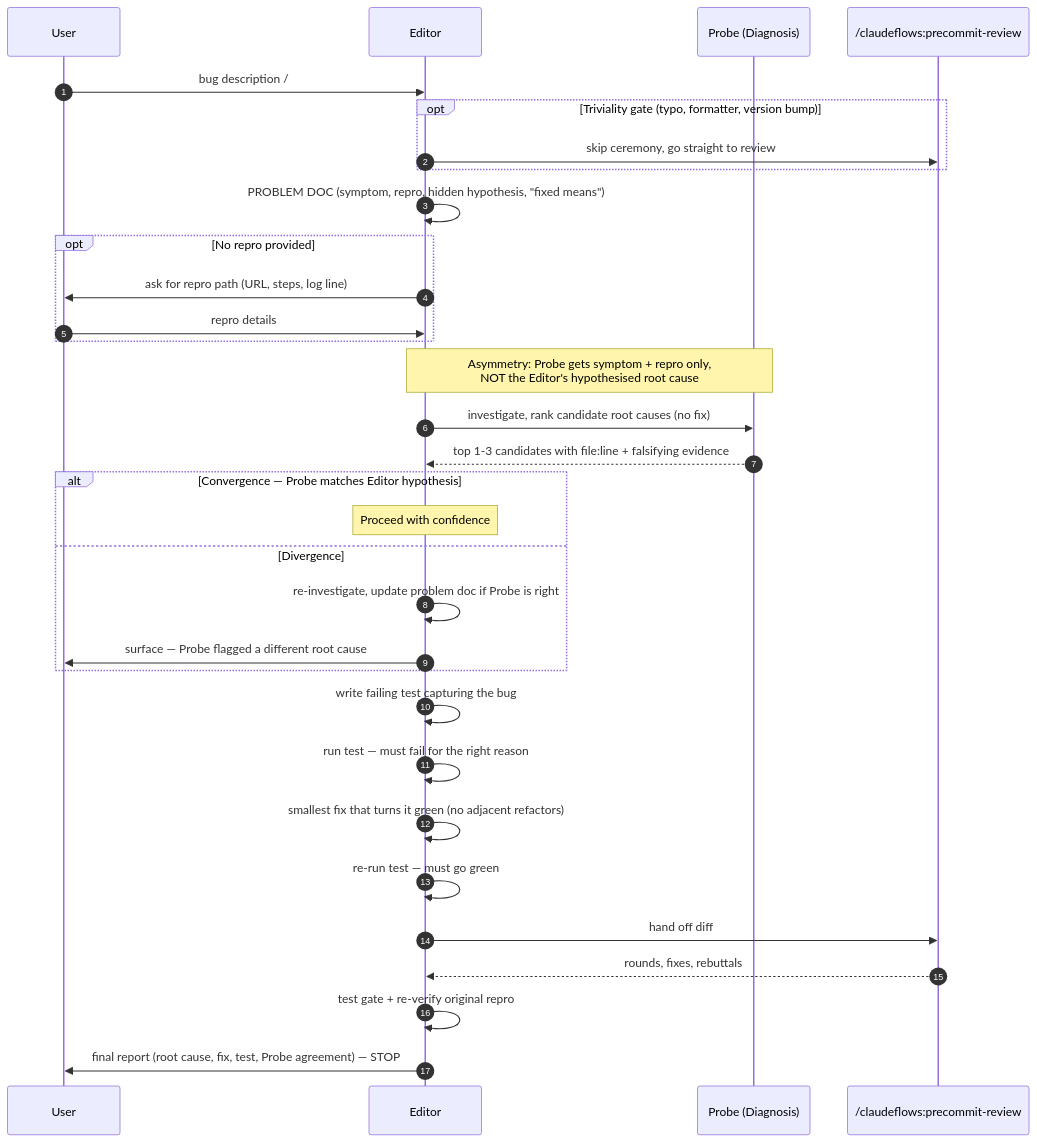
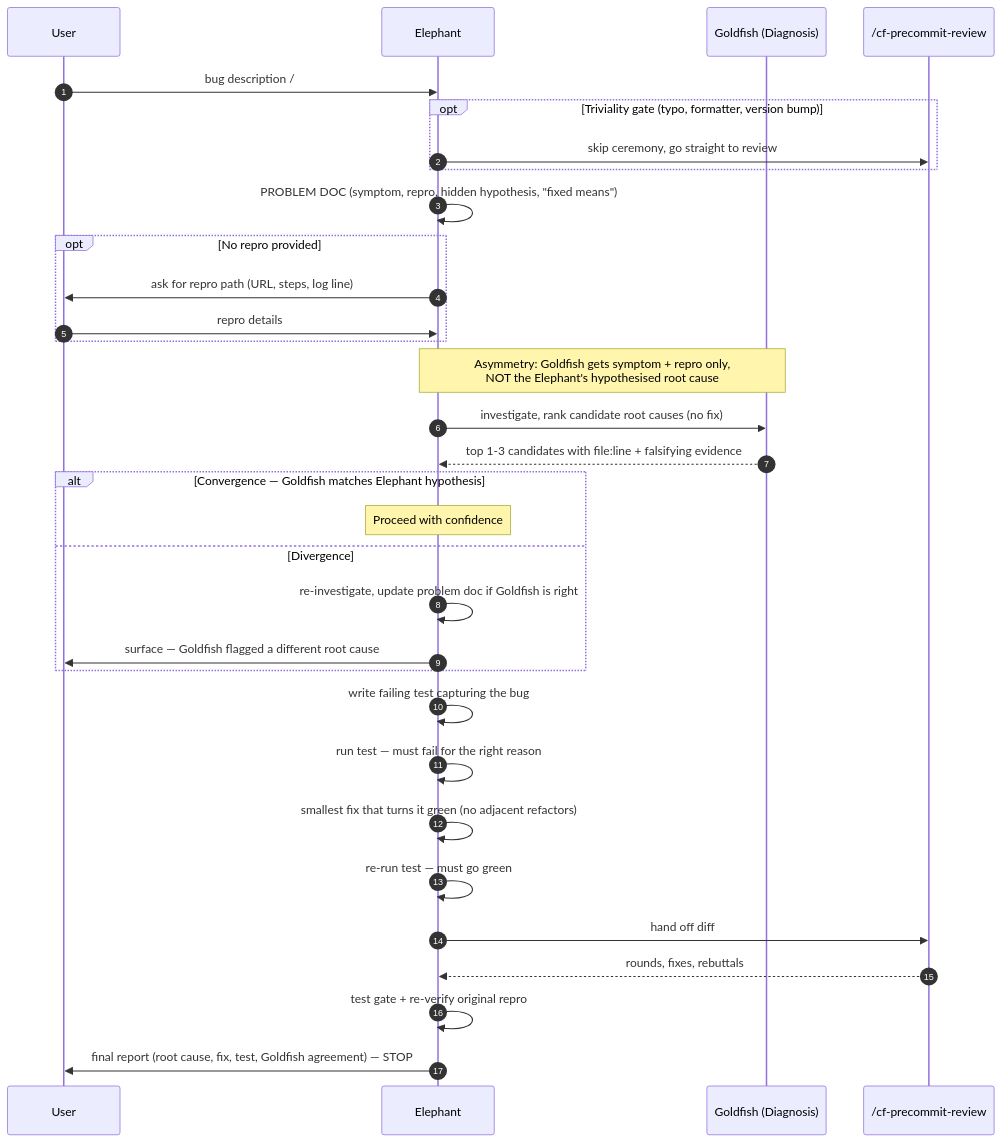
One commit to OmniPragmatic/claudeflows changed the fifth of 6 diagrams in README.md. Above: the diagram before and after it, drawn with Mermaid. The commit also changed other lines of this file and 7 other files, not shown here.

First line of the commit message:
Refactor claudeflows plugin to adopt Elephant/Goldfish terminology across all skills and documentation

````diff
--- a/README.md
+++ b/README.md
@@ -255,40 +255,40 @@
 ```mermaid
 sequenceDiagram
     autonumber
     participant U as User
-    participant E as Editor
-    participant GD as Probe (Diagnosis)
-    participant PR as /claudeflows:precommit-review
+    participant E as Elephant
+    participant GD as Goldfish (Diagnosis)
+    participant PR as /cf-precommit-review
 
     U->>E: bug description / #issue / URL
     opt Triviality gate (typo, formatter, version bump)
         E->>PR: skip ceremony, go straight to review
     end
 
     E->>E: PROBLEM DOC (symptom, repro, hidden hypothesis, "fixed means")
     opt No repro provided
         E->>U: ask for repro path (URL, steps, log line)
         U->>E: repro details
     end
 
-    Note over E,GD: Asymmetry: Probe gets symptom + repro only,<br/>NOT the Editor's hypothesised root cause
+    Note over E,GD: Asymmetry: Goldfish gets symptom + repro only,<br/>NOT the Elephant's hypothesised root cause
     E->>GD: investigate, rank candidate root causes (no fix)
     GD-->>E: top 1-3 candidates with file:line + falsifying evidence
 
-    alt Convergence — Probe matches Editor hypothesis
+    alt Convergence — Goldfish matches Elephant hypothesis
         Note over E: Proceed with confidence
     else Divergence
-        E->>E: re-investigate, update problem doc if Probe is right
-        E->>U: surface — Probe flagged a different root cause
+        E->>E: re-investigate, update problem doc if Goldfish is right
+        E->>U: surface — Goldfish flagged a different root cause
     end
 
     E->>E: write failing test capturing the bug
     E->>E: run test — must fail for the right reason
     E->>E: smallest fix that turns it green (no adjacent refactors)
     E->>E: re-run test — must go green
 
     E->>PR: hand off diff
     PR-->>E: rounds, fixes, rebuttals
     E->>E: test gate + re-verify original repro
-    E->>U: final report (root cause, fix, test, Probe agreement) — STOP
+    E->>U: final report (root cause, fix, test, Goldfish agreement) — STOP
 ```
````
